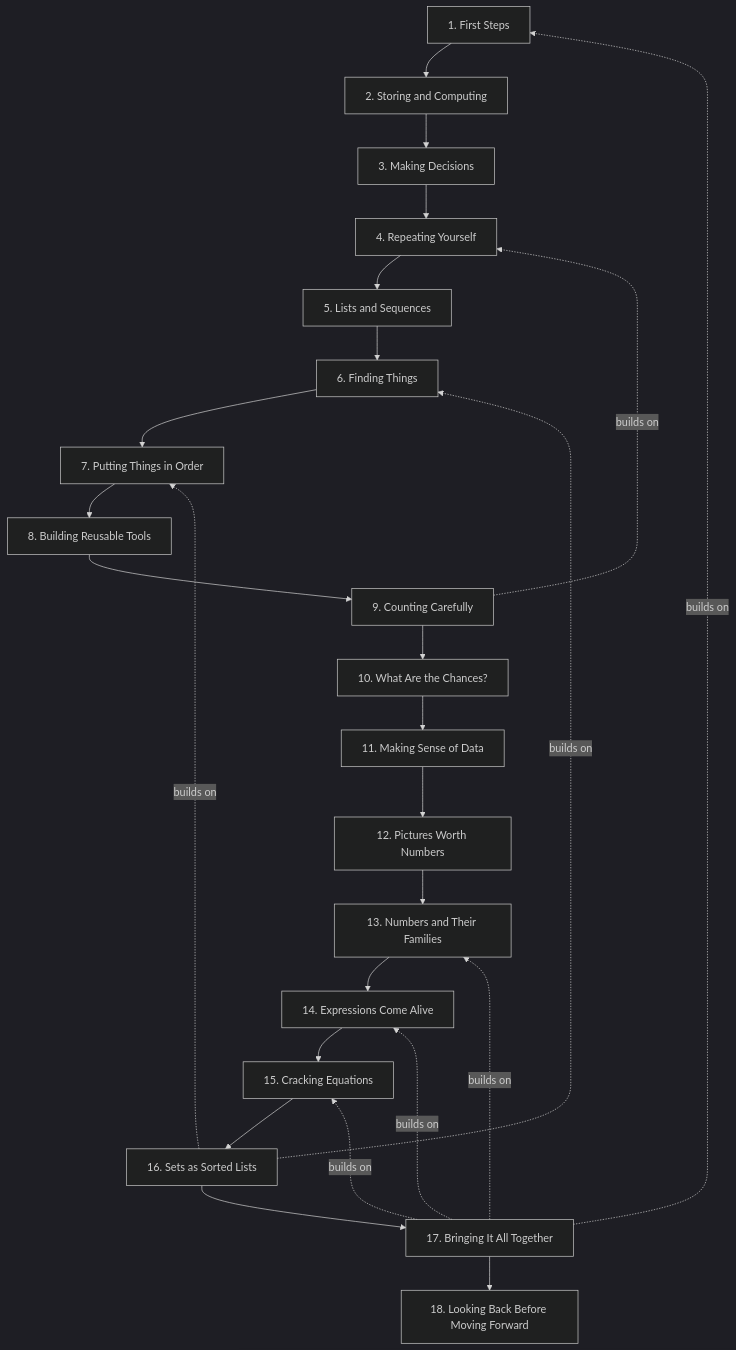
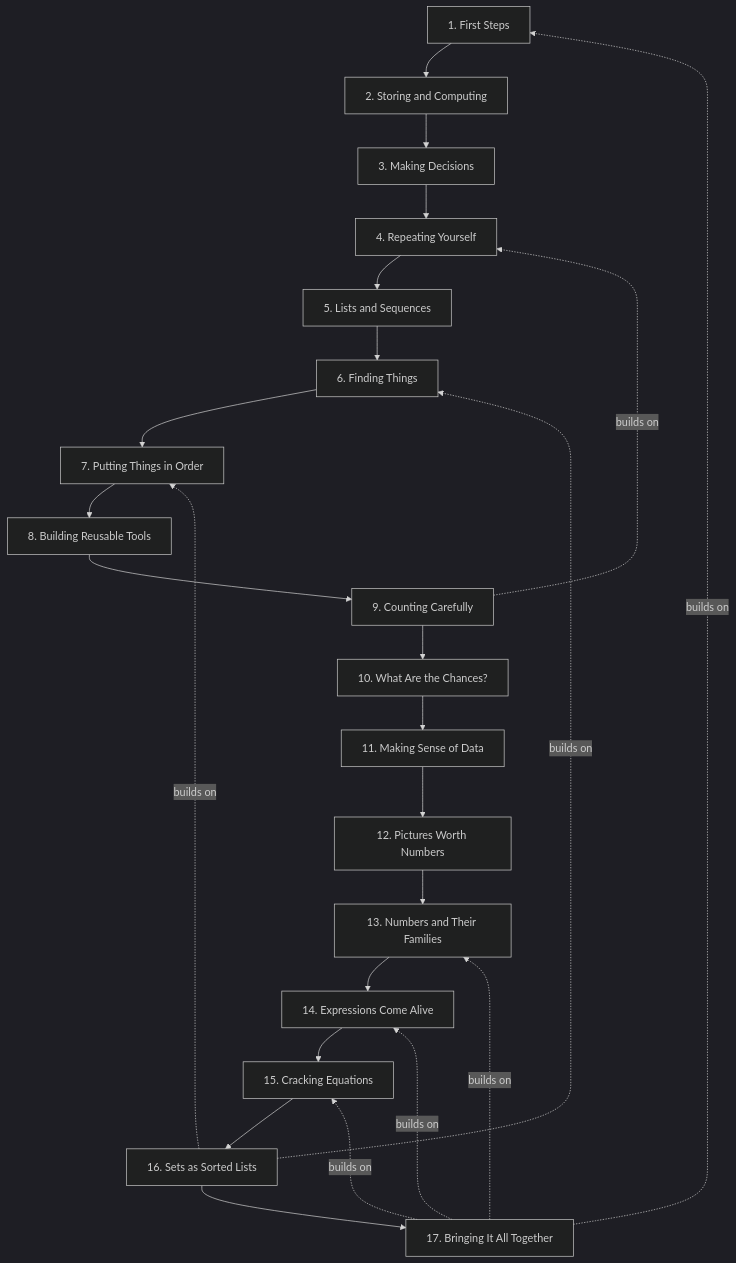
Before and after one commit to deweydex/dewlab: the second of 3 diagrams in planning/CURRICULUM_MAP.md, drawn with Mermaid (dark theme). The commit also changed other lines of this file and 16 other files, not shown here.

````diff
--- a/planning/CURRICULUM_MAP.md
+++ b/planning/CURRICULUM_MAP.md
@@ -75,47 +75,45 @@
 ```mermaid
 graph TD
   T1["1. First Steps"]
   T2["2. Storing and Computing"]
   T3["3. Making Decisions"]
   T4["4. Repeating Yourself"]
   T5["5. Lists and Sequences"]
   T6["6. Finding Things"]
   T7["7. Putting Things in Order"]
   T8["8. Building Reusable Tools"]
   T9["9. Counting Carefully"]
   T10["10. What Are the Chances?"]
   T11["11. Making Sense of Data"]
   T12["12. Pictures Worth Numbers"]
   T13["13. Numbers and Their Families"]
   T14["14. Expressions Come Alive"]
   T15["15. Cracking Equations"]
   T16["16. Sets as Sorted Lists"]
   T17["17. Bringing It All Together"]
-  T18["18. Looking Back Before Moving Forward"]
 
   T1 --> T2
   T2 --> T3
   T3 --> T4
   T4 --> T5
   T5 --> T6
   T6 --> T7
   T7 --> T8
   T8 --> T9
   T9 --> T10
   T10 --> T11
   T11 --> T12
   T12 --> T13
   T13 --> T14
   T14 --> T15
   T15 --> T16
   T16 --> T17
-  T17 --> T18
 
   T9 -.->|builds on| T4
   T16 -.->|builds on| T6
   T16 -.->|builds on| T7
   T17 -.->|builds on| T1
   T17 -.->|builds on| T13
   T17 -.->|builds on| T14
   T17 -.->|builds on| T15
 ```
````
